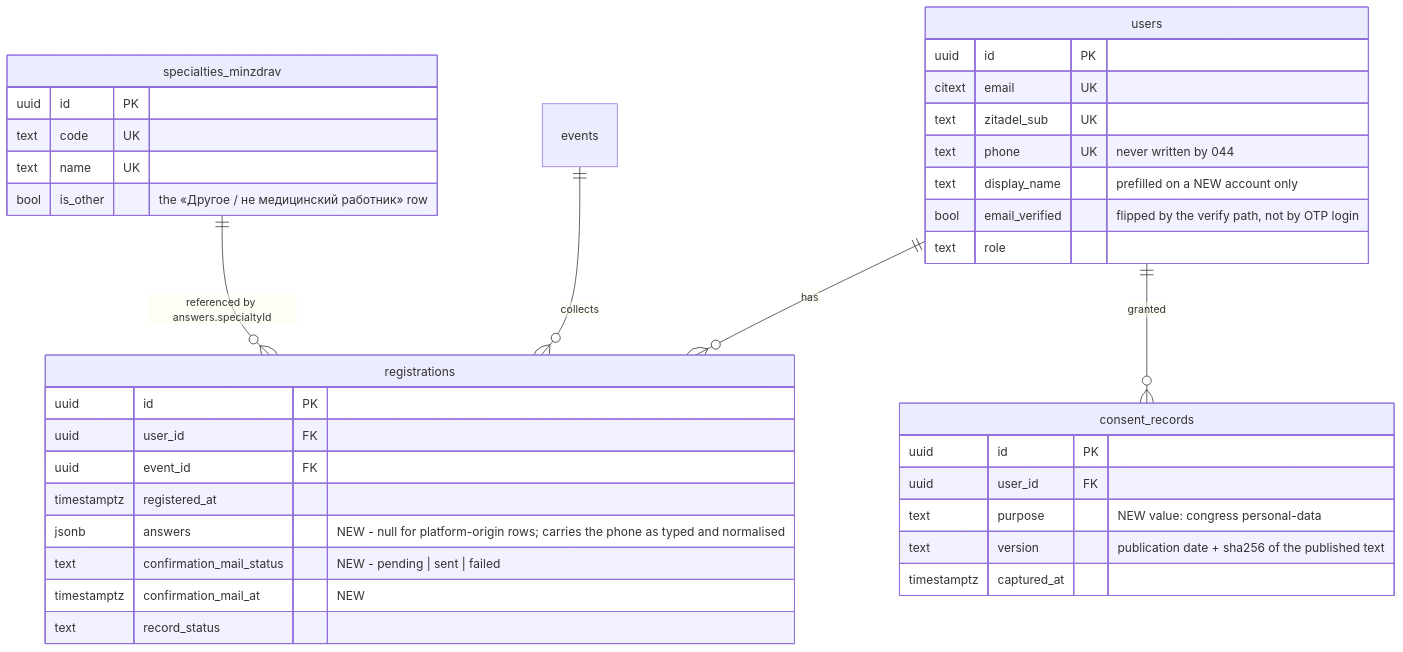
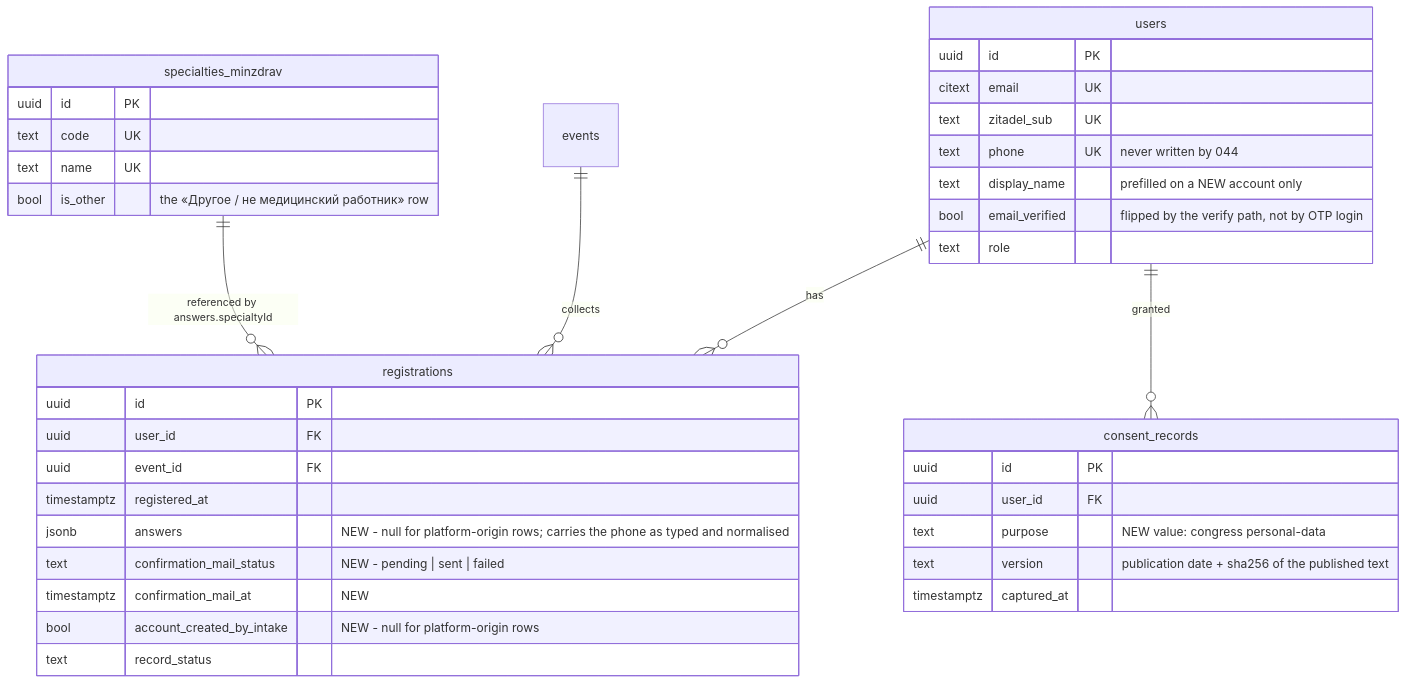
Before and after one commit to doctor-school/ds-platform: the fifth of 5 diagrams in apps/docs/content/specs/features/044-congress-signup/044-design.md, drawn with Mermaid. The commit also changed other lines of this file and 29 other files, not shown here.

````diff
--- a/apps/docs/content/specs/features/044-congress-signup/044-design.md
+++ b/apps/docs/content/specs/features/044-congress-signup/044-design.md
@@ -169,43 +171,44 @@
 ```mermaid
 erDiagram
     users ||--o{ registrations : "has"
     users ||--o{ consent_records : "granted"
     events ||--o{ registrations : "collects"
     specialties_minzdrav ||--o{ registrations : "referenced by answers.specialtyId"
 
     users {
         uuid id PK
         citext email UK
         text zitadel_sub UK
         text phone UK "never written by 044"
         text display_name "prefilled on a NEW account only"
         bool email_verified "flipped by the verify path, not by OTP login"
         text role
     }
 
     registrations {
         uuid id PK
         uuid user_id FK
         uuid event_id FK
         timestamptz registered_at
         jsonb answers "NEW - null for platform-origin rows; carries the phone as typed and normalised"
         text confirmation_mail_status "NEW - pending | sent | failed"
         timestamptz confirmation_mail_at "NEW"
+        bool account_created_by_intake "NEW - null for platform-origin rows"
         text record_status
     }
 
     consent_records {
         uuid id PK
         uuid user_id FK
         text purpose "NEW value: congress personal-data"
         text version "publication date + sha256 of the published text"
         timestamptz captured_at
     }
 
     specialties_minzdrav {
         uuid id PK
         text code UK
         text name UK
         bool is_other "the «Другое / не медицинский работник» row"
     }
 ```
````
